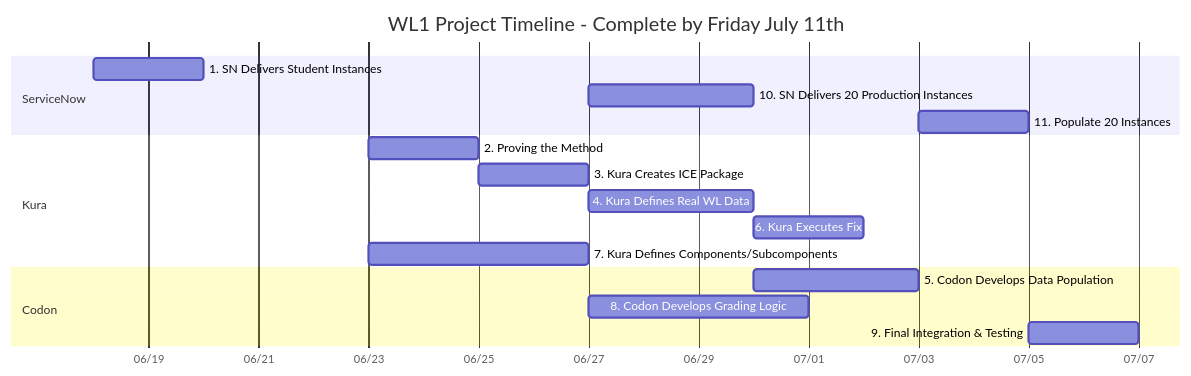
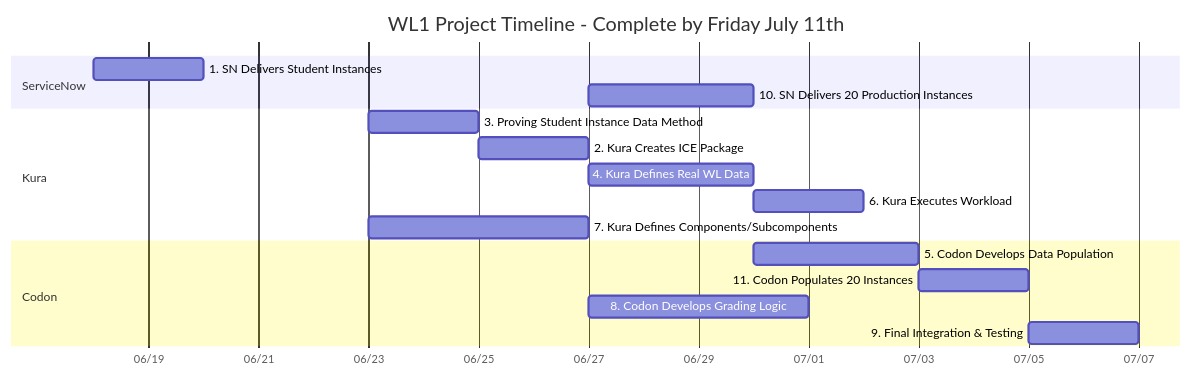
The diagram in readme.md (elmorenox/wl1_mermaid), drawn with Mermaid before and after one commit. The commit also changed other lines of this file, not shown here.

````diff
--- a/readme.md
+++ b/readme.md
@@ -5,23 +5,23 @@
 ```mermaid
 gantt
     title WL1 Project Timeline - Complete by Friday July 11th
     dateFormat YYYY-MM-DD
     axisFormat %m/%d
     
     section ServiceNow
     1. SN Delivers Student Instances      :sn1, 2025-06-18, 2025-06-20
     10. SN Delivers 20 Production Instances :sn10, after k2, 3d
-    11. Populate 20 Instances             :sn11, after c5, 2d
     
     section Kura
-    2. Proving the Method                 :k3, 2025-06-23, 2025-06-25
-    3. Kura Creates ICE Package           :k2, after k3, 2d
+    3. Proving Student Instance Data Method :k3, 2025-06-23, 2025-06-25
+    2. Kura Creates ICE Package           :k2, after k3, 2d
     4. Kura Defines Real WL Data          :k4, after k2, 3d
-    6. Kura Executes Fix                  :k6, after k4, 2d
+    6. Kura Executes Workload             :k6, after k4, 2d
     7. Kura Defines Components/Subcomponents :k7, 2025-06-23, 2025-06-27
     
     section Codon
     5. Codon Develops Data Population     :c5, after k4, 3d
+    11. Codon Populates 20 Instances      :c11, after c5, 2d
     8. Codon Develops Grading Logic       :c8, after k7, 4d
-    9. Final Integration & Testing        :c9, after sn11 c8 k6, 2d
+    9. Final Integration & Testing        :c9, after c11 c8 k6, 2d
 ```
````
